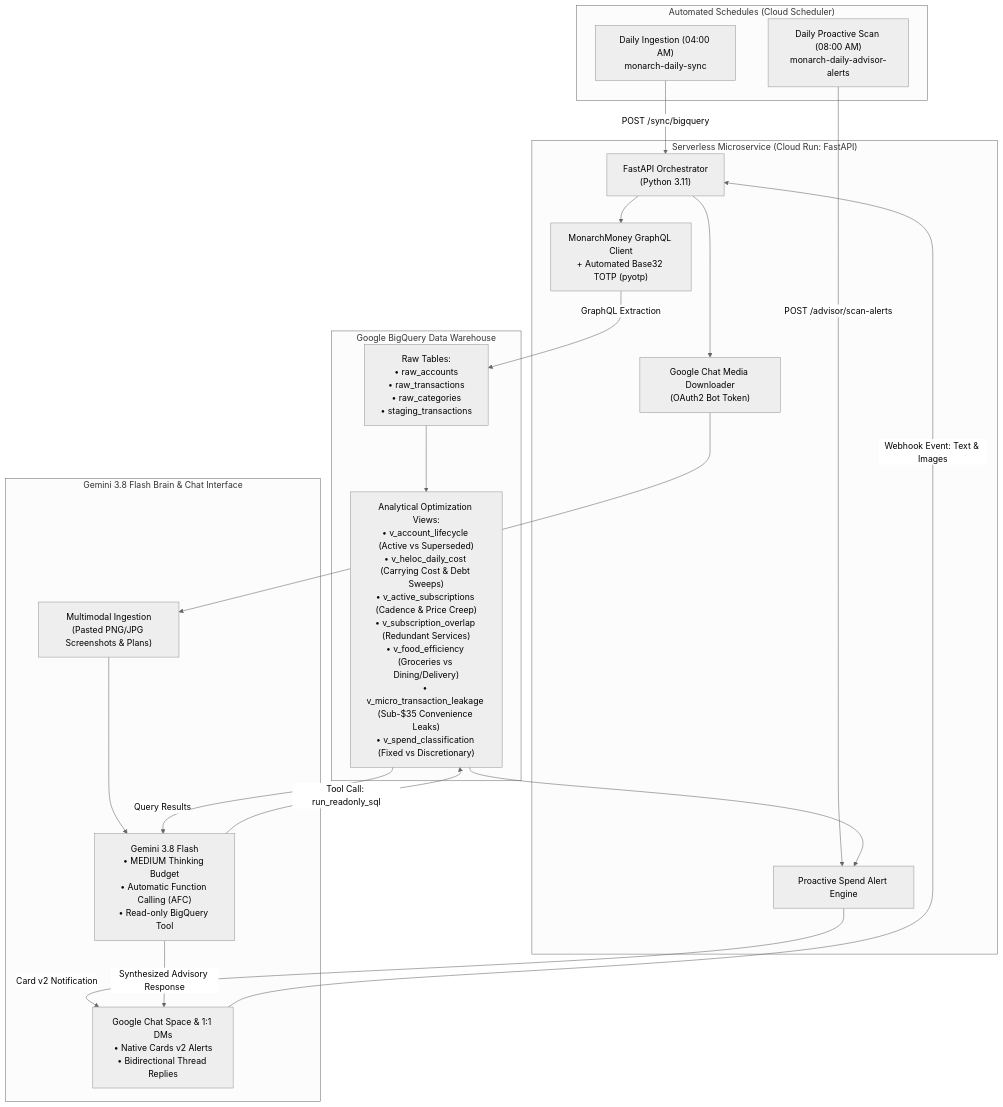
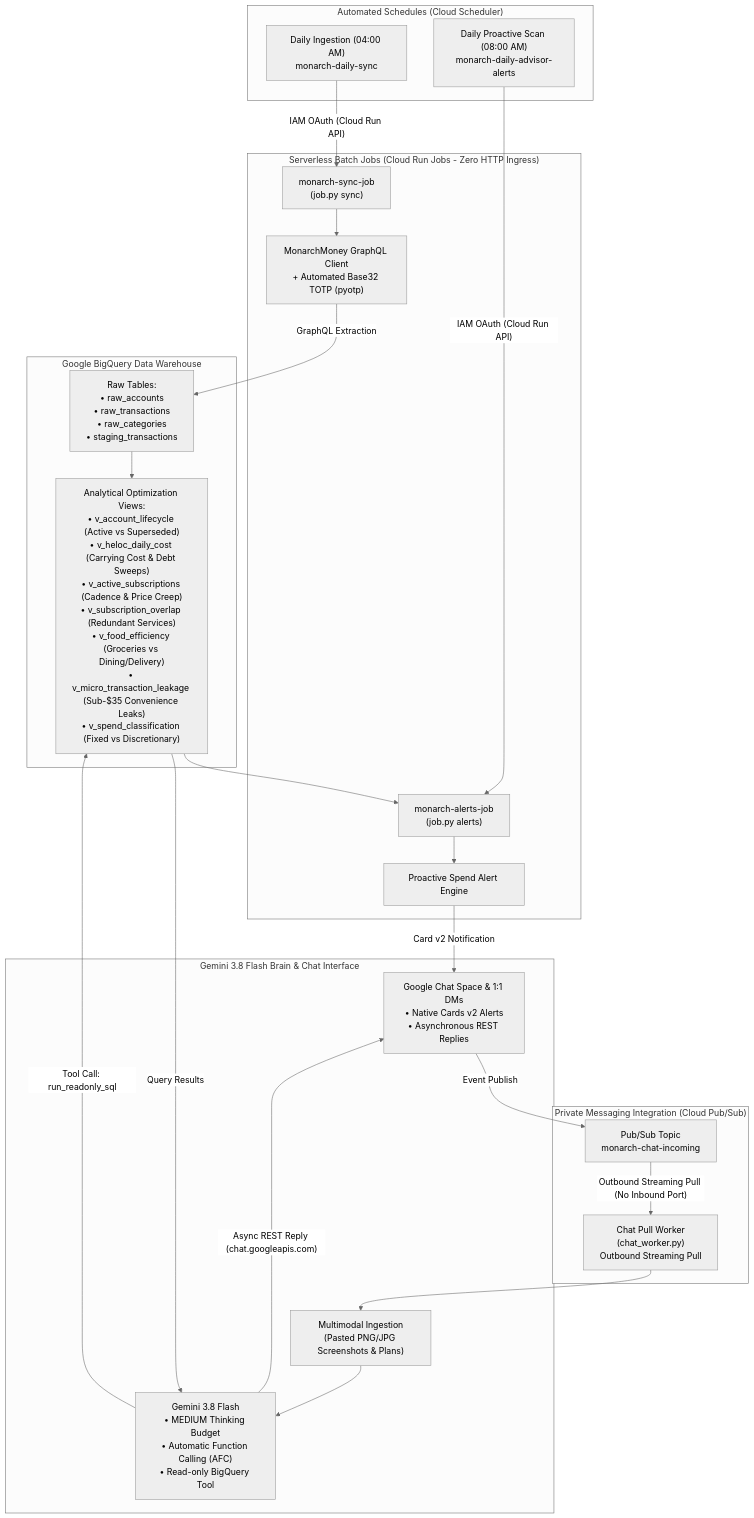
Before and after one commit to n0012/family-financial-intelligence-hub: the diagram in README.md, drawn with Mermaid (neutral theme). The commit also changed other lines of this file and 17 other files, not shown here.

````diff
--- a/README.md
+++ b/README.md
@@ -36,42 +36,48 @@
 ```mermaid
 flowchart TD
     subgraph Scheduling ["Automated Schedules (Cloud Scheduler)"]
         CronSync["Daily Ingestion (04:00 AM)<br/>monarch-daily-sync"]
         CronAlert["Daily Proactive Scan (08:00 AM)<br/>monarch-daily-advisor-alerts"]
     end
 
-    subgraph IngestionLayer ["Serverless Microservice (Cloud Run: FastAPI)"]
-        FastAPI["FastAPI Orchestrator<br/>(Python 3.11)"]
+    subgraph BatchLayer ["Serverless Batch Jobs (Cloud Run Jobs - Zero HTTP Ingress)"]
+        JobSync["monarch-sync-job<br/>(job.py sync)"]
+        JobAlert["monarch-alerts-job<br/>(job.py alerts)"]
         MMClient["MonarchMoney GraphQL Client<br/>+ Automated Base32 TOTP (pyotp)"]
         AdvisorEngine["Proactive Spend Alert Engine"]
-        MediaDownloader["Google Chat Media Downloader<br/>(OAuth2 Bot Token)"]
     end
 
     subgraph DataWarehouse ["Google BigQuery Data Warehouse"]
         RawTables["Raw Tables:<br/>• raw_accounts<br/>• raw_transactions<br/>• raw_categories<br/>• staging_transactions"]
         Views["Analytical Optimization Views:<br/>• v_account_lifecycle (Active vs Superseded)<br/>• v_heloc_daily_cost (Carrying Cost & Debt Sweeps)<br/>• v_active_subscriptions (Cadence & Price Creep)<br/>• v_subscription_overlap (Redundant Services)<br/>• v_food_efficiency (Groceries vs Dining/Delivery)<br/>• v_micro_transaction_leakage (Sub-$35 Convenience Leaks)<br/>• v_spend_classification (Fixed vs Discretionary)"]
     end
 
+    subgraph PrivateIngestion ["Private Messaging Integration (Cloud Pub/Sub)"]
+        Topic["Pub/Sub Topic<br/>monarch-chat-incoming"]
+        Worker["Chat Pull Worker<br/>(chat_worker.py)<br/>Outbound Streaming Pull"]
+    end
+
     subgraph Intelligence ["Gemini 3.8 Flash Brain & Chat Interface"]
         GeminiFlash["Gemini 3.8 Flash<br/>• MEDIUM Thinking Budget<br/>• Automatic Function Calling (AFC)<br/>• Read-only BigQuery Tool"]
-        MultimodalVision["Multimodal Ingestion<br/>(Pasted PNG/JPG Screenshots &amp; Plans)"]
-        GoogleChat["Google Chat Space &amp; 1:1 DMs<br/>• Native Cards v2 Alerts<br/>• Bidirectional Thread Replies"]
+        MultimodalVision["Multimodal Ingestion<br/>(Pasted PNG/JPG Screenshots & Plans)"]
+        GoogleChat["Google Chat Space & 1:1 DMs<br/>• Native Cards v2 Alerts<br/>• Asynchronous REST Replies"]
     end
 
-    CronSync -->|"POST /sync/bigquery"| FastAPI
-    FastAPI --> MMClient
+    CronSync -->|"IAM OAuth (Cloud Run API)"| JobSync
+    JobSync --> MMClient
     MMClient -->|"GraphQL Extraction"| RawTables
     RawTables --> Views
 
-    CronAlert -->|"POST /advisor/scan-alerts"| AdvisorEngine
-    Views --> AdvisorEngine
+    CronAlert -->|"IAM OAuth (Cloud Run API)"| JobAlert
+    Views --> JobAlert
+    JobAlert --> AdvisorEngine
     AdvisorEngine -->|"Card v2 Notification"| GoogleChat
 
-    GoogleChat -->|"Webhook Event: Text & Images"| FastAPI
-    FastAPI --> MediaDownloader
-    MediaDownloader --> MultimodalVision
+    GoogleChat -->|"Event Publish"| Topic
+    Topic -->|"Outbound Streaming Pull (No Inbound Port)"| Worker
+    Worker --> MultimodalVision
     MultimodalVision --> GeminiFlash
     GeminiFlash -->|"Tool Call: run_readonly_sql"| Views
     Views -->|"Query Results"| GeminiFlash
-    GeminiFlash -->|"Synthesized Advisory Response"| GoogleChat
+    GeminiFlash -->|"Async REST Reply (chat.googleapis.com)"| GoogleChat
 ```
````
